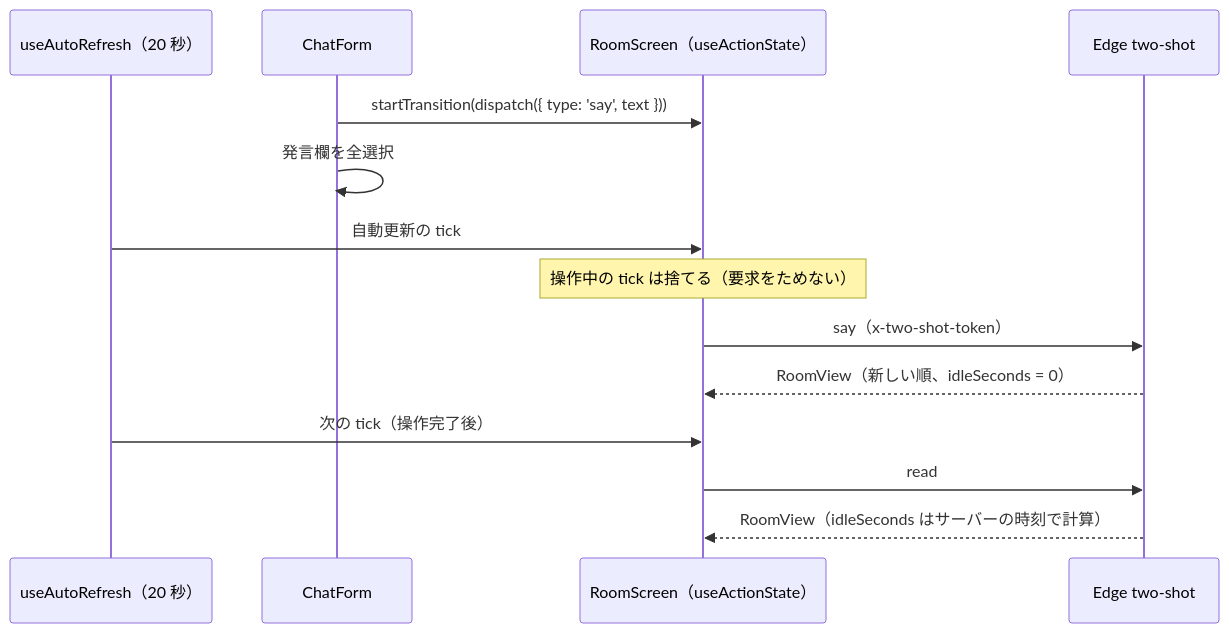
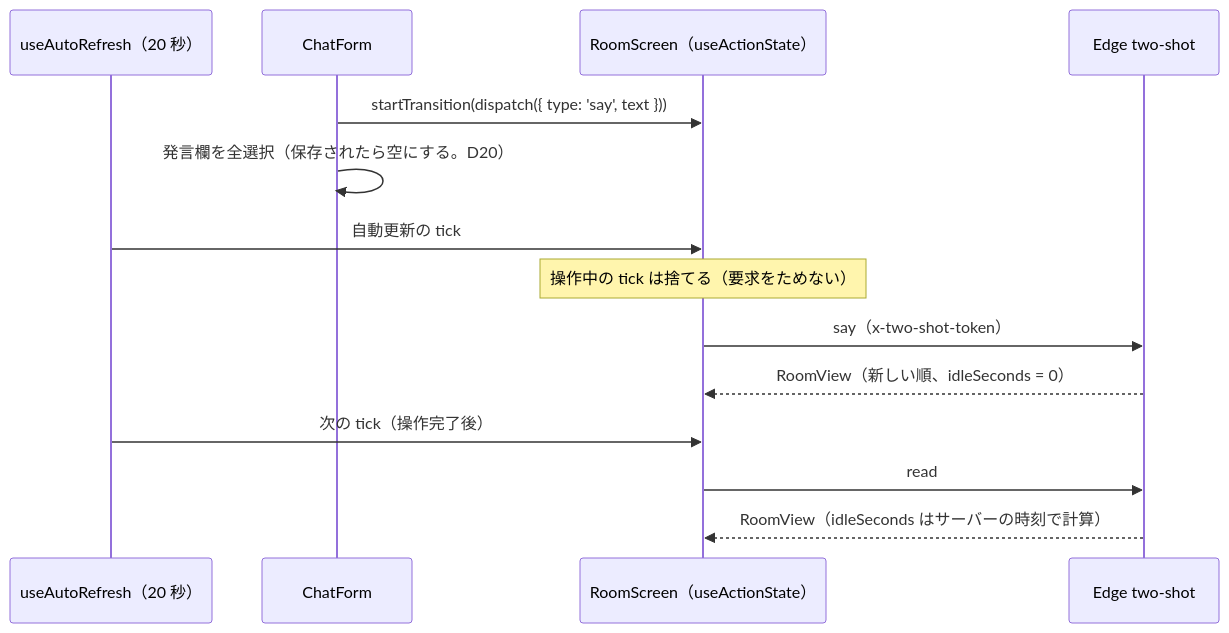
Before and after one commit to isrnao/yui-chat-ts: the fifth of 5 diagrams in .kiro/specs/two-shot-chat/design.md, drawn with Mermaid. The commit also changed other lines of this file and 5 other files, not shown here.

````diff
--- a/.kiro/specs/two-shot-chat/design.md
+++ b/.kiro/specs/two-shot-chat/design.md
@@ -815,16 +816,16 @@
 ```mermaid
 sequenceDiagram
   participant T as useAutoRefresh（20 秒）
   participant F as ChatForm
   participant S as RoomScreen（useActionState）
   participant E as Edge two-shot
   F->>S: startTransition(dispatch({ type: 'say', text }))
-  F->>F: 発言欄を全選択
+  F->>F: 発言欄を全選択（保存されたら空にする。D20）
   T->>S: 自動更新の tick
   Note over S: 操作中の tick は捨てる（要求をためない）
   S->>E: say（x-two-shot-token）
   E-->>S: RoomView（新しい順、idleSeconds = 0）
   T->>S: 次の tick（操作完了後）
   S->>E: read
   E-->>S: RoomView（idleSeconds はサーバーの時刻で計算）
 ```
````
